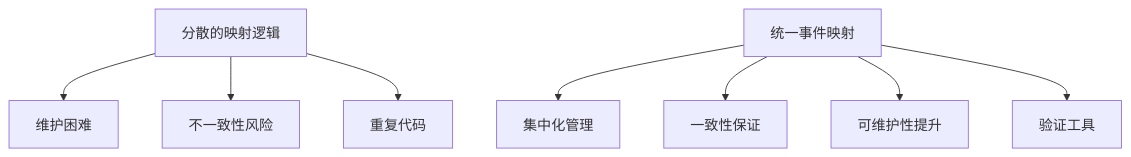
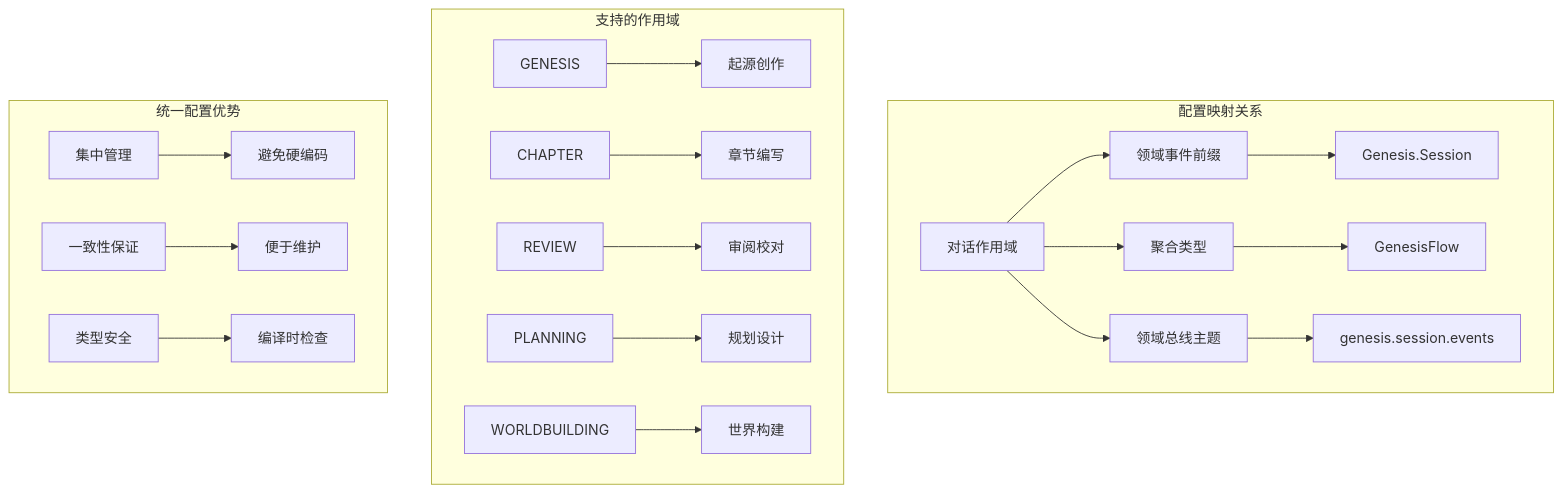
The first of 5 diagrams in apps/backend/src/common/events/README.md (zhiyue/infinite-scribe), drawn with Mermaid before and after one commit. The commit also changed other lines of this file and 1 other file, not shown here.

````diff
--- a/apps/backend/src/common/events/README.md
+++ b/apps/backend/src/common/events/README.md
@@ -11,11 +11,26 @@
 ```mermaid
-graph TD
-    A[分散的映射逻辑] --> B[维护困难]
-    A --> C[不一致性风险]
-    A --> D[重复代码]
+graph TB
+    subgraph "配置映射关系"
+        A[对话作用域] --> B[领域事件前缀]
+        A --> C[聚合类型]
+        A --> D[领域总线主题]
+        
+        B --> E[Genesis.Session]
+        C --> F[GenesisFlow]
+        D --> G[genesis.session.events]
+    end
     
-    E[统一事件映射] --> F[集中化管理]
-    E --> G[一致性保证]
-    E --> H[可维护性提升]
-    E --> I[验证工具]
+    subgraph "支持的作用域"
+        H[GENESIS] --> I[起源创作]
+        J[CHAPTER] --> K[章节编写]
+        L[REVIEW] --> M[审阅校对]
+        N[PLANNING] --> O[规划设计]
+        P[WORLDBUILDING] --> Q[世界构建]
+    end
+    
+    subgraph "统一配置优势"
+        R[集中管理] --> S[避免硬编码]
+        T[一致性保证] --> U[便于维护]
+        V[类型安全] --> W[编译时检查]
+    end
 ```
````
